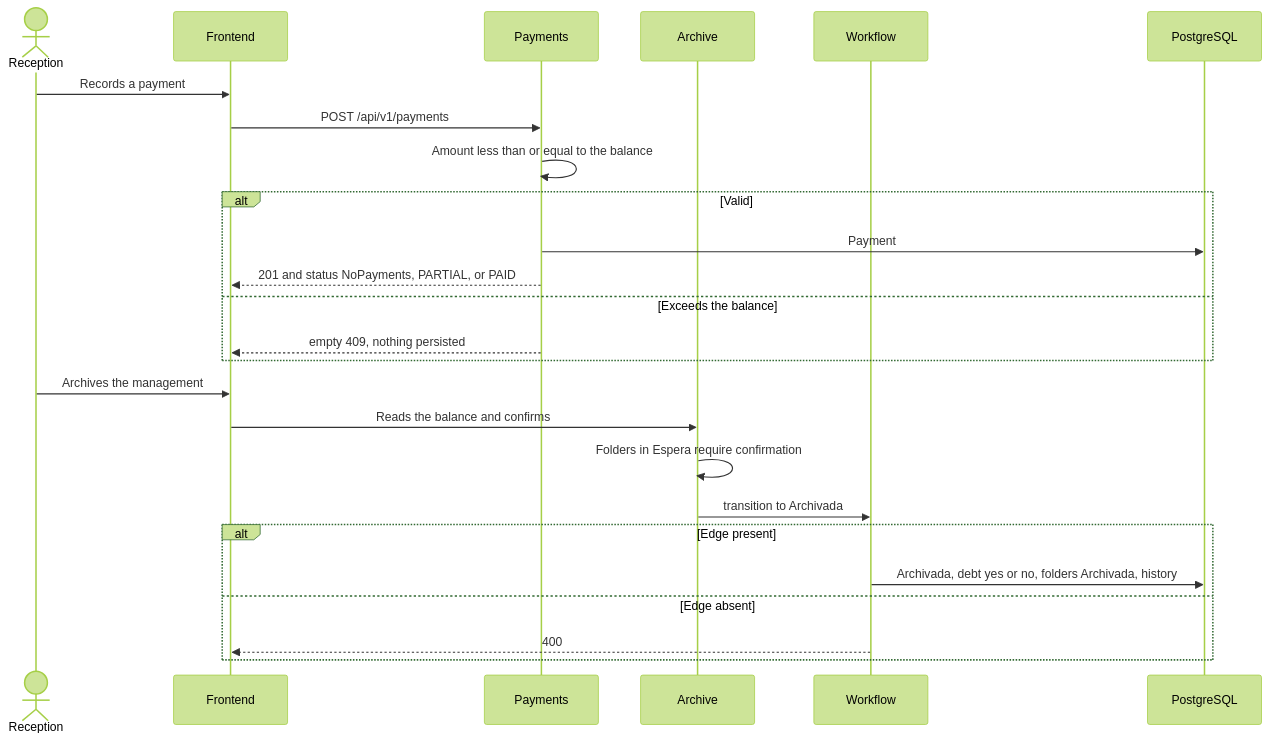
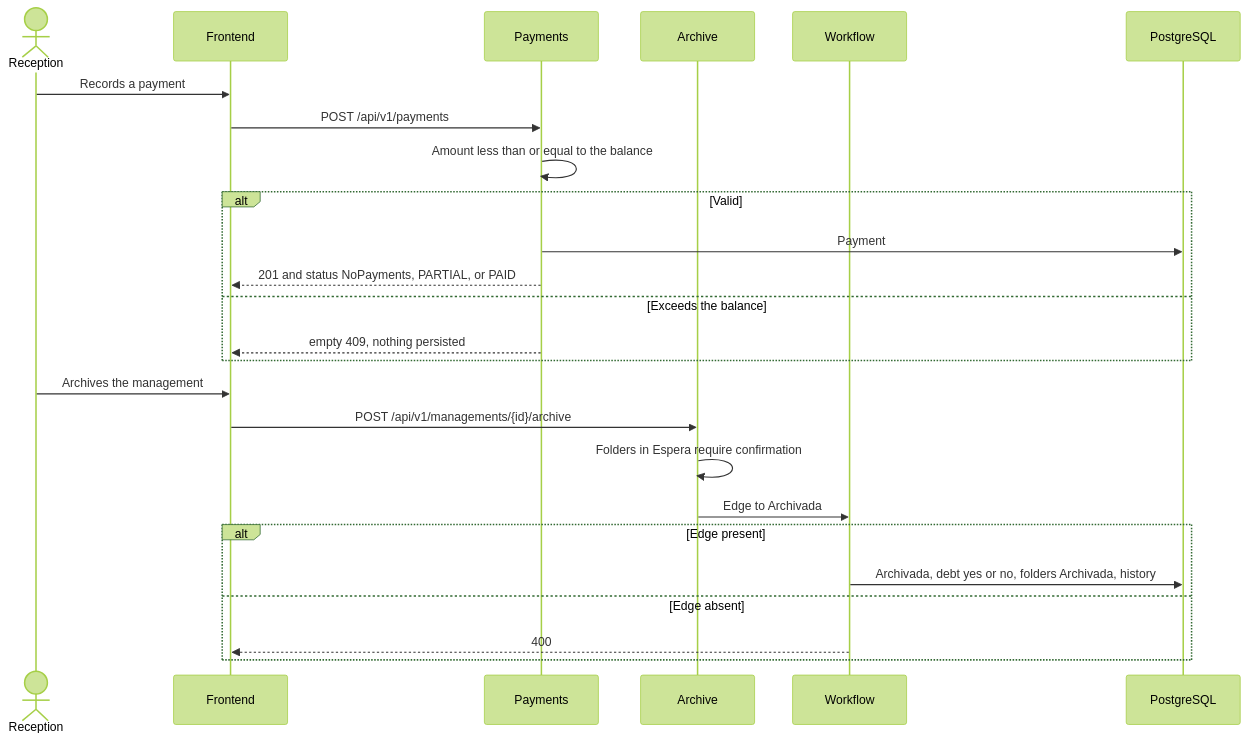
Diagram 12 of 16 in docs/200-architecture/203-design/CICLO-DE-VIDA.md (matiaspakua/notaire), drawn with Mermaid (forest theme) before and after one commit. The commit also changed other lines of this file and 27 other files, not shown here.

````diff
--- a/docs/200-architecture/203-design/CICLO-DE-VIDA.md
+++ b/docs/200-architecture/203-design/CICLO-DE-VIDA.md
@@ -392,29 +393,29 @@
 ```mermaid
 sequenceDiagram
   actor Reception
   participant FE as Frontend
   participant Pay as Payments
   participant Arc as Archive
   participant WF as Workflow
   participant DB as PostgreSQL
 
   Reception->>FE: Records a payment
   FE->>Pay: POST /api/v1/payments
   Pay->>Pay: Amount less than or equal to the balance
   alt Valid
     Pay->>DB: Payment
     Pay-->>FE: 201 and status NoPayments, PARTIAL, or PAID
   else Exceeds the balance
     Pay-->>FE: empty 409, nothing persisted
   end
 
   Reception->>FE: Archives the management
-  FE->>Arc: Reads the balance and confirms
+  FE->>Arc: POST /api/v1/managements/{id}/archive
   Arc->>Arc: Folders in Espera require confirmation
-  Arc->>WF: transition to Archivada
+  Arc->>WF: Edge to Archivada
   alt Edge present
     WF->>DB: Archivada, debt yes or no, folders Archivada, history
   else Edge absent
     WF-->>FE: 400
   end
 ```
````
